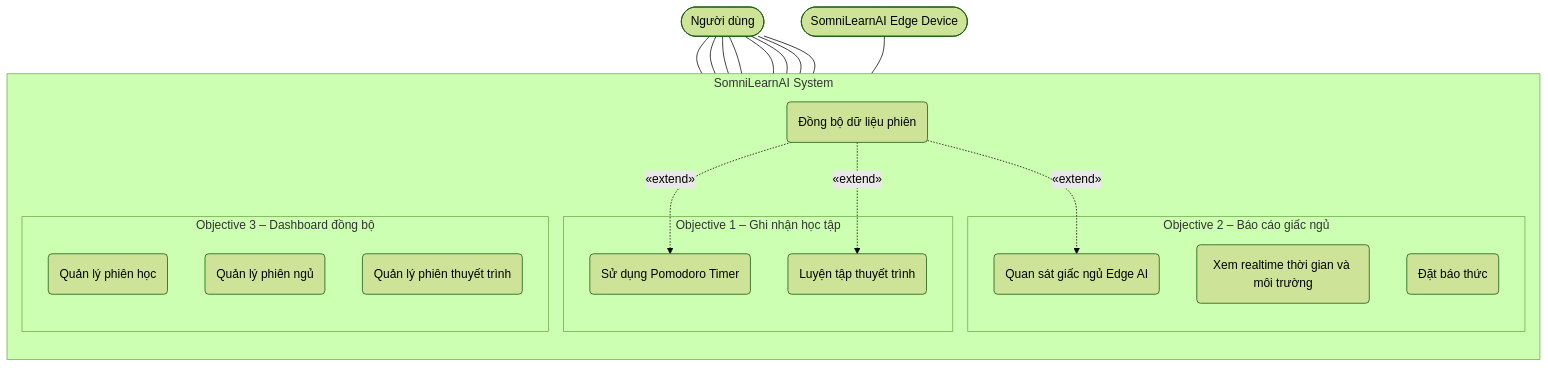
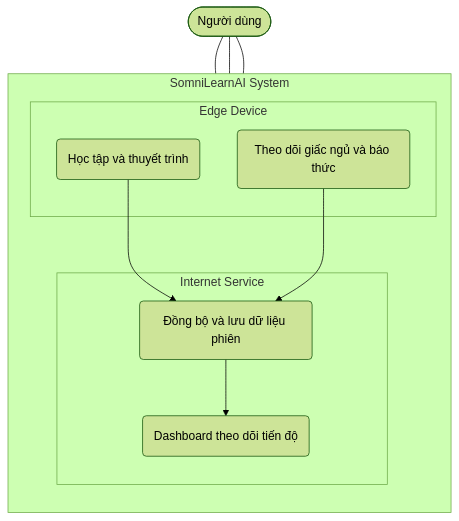
One commit to Computer-Vision-HCMUS/AIoT-Server changed the first of 11 diagrams in docs/Spectification/SmartClock/03_Objectives.md. Above: the diagram before and after it, drawn with Mermaid (forest theme). The commit also changed 5 other files, not shown here.

````diff
--- a/docs/Spectification/SmartClock/03_Objectives.md
+++ b/docs/Spectification/SmartClock/03_Objectives.md
@@ -15,38 +15,25 @@
 ```mermaid
 flowchart TD
     User(["Người dùng"])
-    EdgeSystem(["SomniLearnAI Edge Device"])
 
     subgraph System["SomniLearnAI System"]
         direction TB
-        subgraph OBJ1["Objective 1 – Ghi nhận học tập"]
-            UC1("Sử dụng Pomodoro Timer")
-            UC2("Luyện tập thuyết trình")
+        subgraph Edge["Edge Device"]
+            UC1("Học tập và thuyết trình")
+            UC2("Theo dõi giấc ngủ và báo thức")
         end
-        subgraph OBJ2["Objective 2 – Báo cáo giấc ngủ"]
-            UC3("Quan sát giấc ngủ Edge AI")
-            UC4("Xem realtime thời gian và môi trường")
-            UC9("Đặt báo thức")
+
+        subgraph Internet["Internet Service"]
+            UC3("Đồng bộ và lưu dữ liệu phiên")
+            UC4("Dashboard theo dõi tiến độ")
         end
-        subgraph OBJ3["Objective 3 – Dashboard đồng bộ"]
-            UC5("Quản lý phiên học")
-            UC6("Quản lý phiên ngủ")
-            UC7("Quản lý phiên thuyết trình")
-        end
-        UC8("Đồng bộ dữ liệu phiên")
     end
 
     User --- UC1
     User --- UC2
-    User --- UC3
     User --- UC4
-    User --- UC9
-    User --- UC5
-    User --- UC6
-    User --- UC7
-    EdgeSystem --- UC8
 
-    UC8 -. "«extend»" .-> UC1
-    UC8 -. "«extend»" .-> UC2
-    UC8 -. "«extend»" .-> UC3
+    UC1 --> UC3
+    UC2 --> UC3
+    UC3 --> UC4
 ```
````
